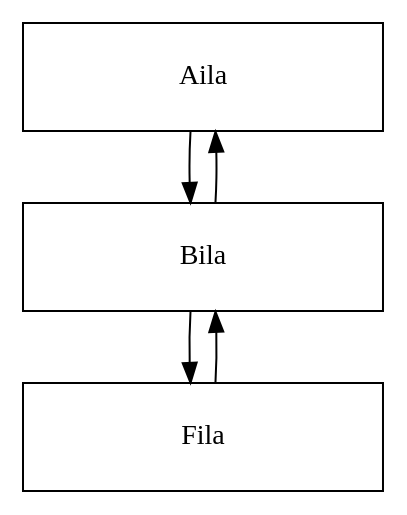
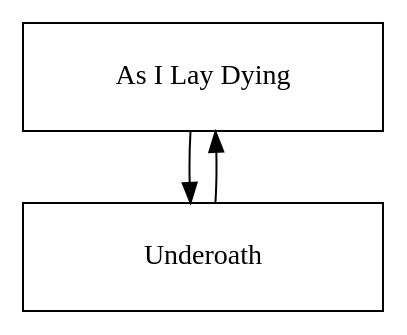
The diagram in Project2/Project2/graficaDob.dot (adminDG1/EDD_DIC_2019_PY1_201612106), drawn with Graphviz before and after one commit. The commit also changed 33 other files, not shown here.

```diff
--- a/Project2/Project2/graficaDob.dot
+++ b/Project2/Project2/graficaDob.dot
@@ -1,8 +1,6 @@
 digraph { 
 node[shape=box, width = 2.5, height = .75 ]; 
-Aila->Bila
-Bila->Aila
-Bila->Fila
-Fila->Bila
+"As I Lay Dying"->"Underoath"
+"Underoath"->"As I Lay Dying"
 
 }
```
